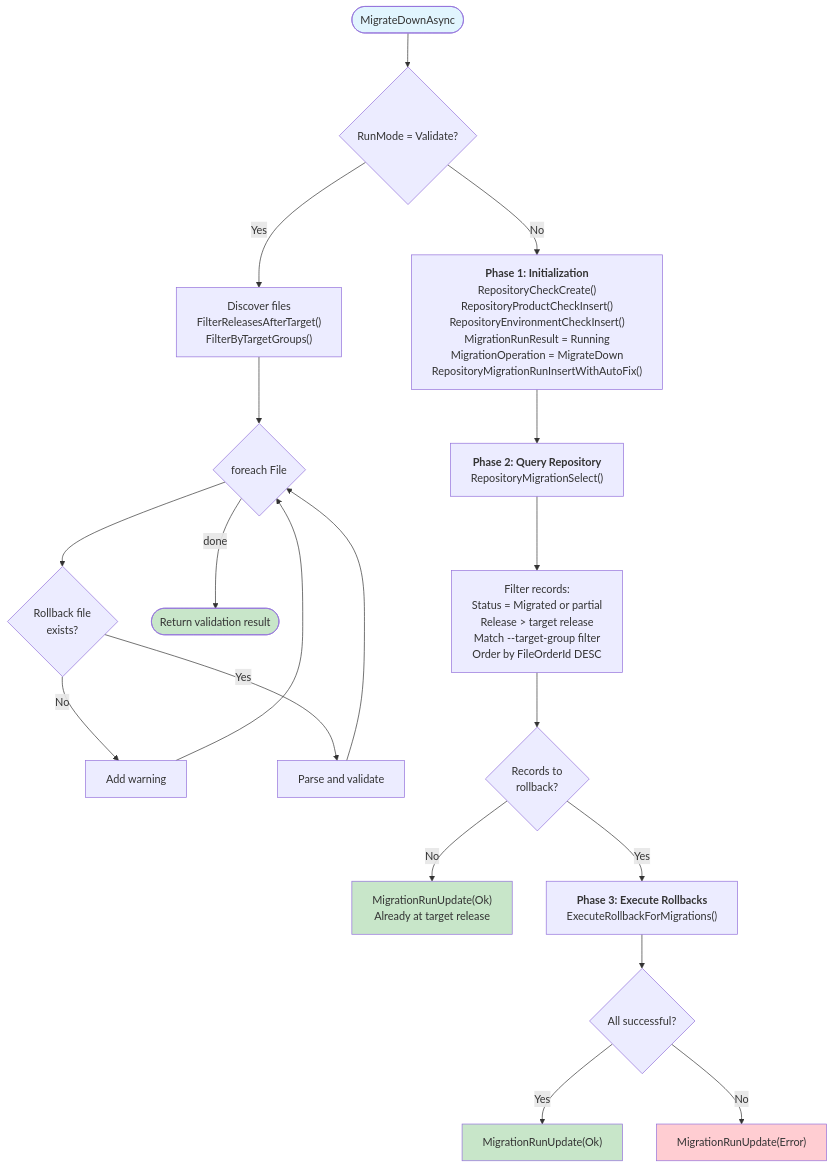
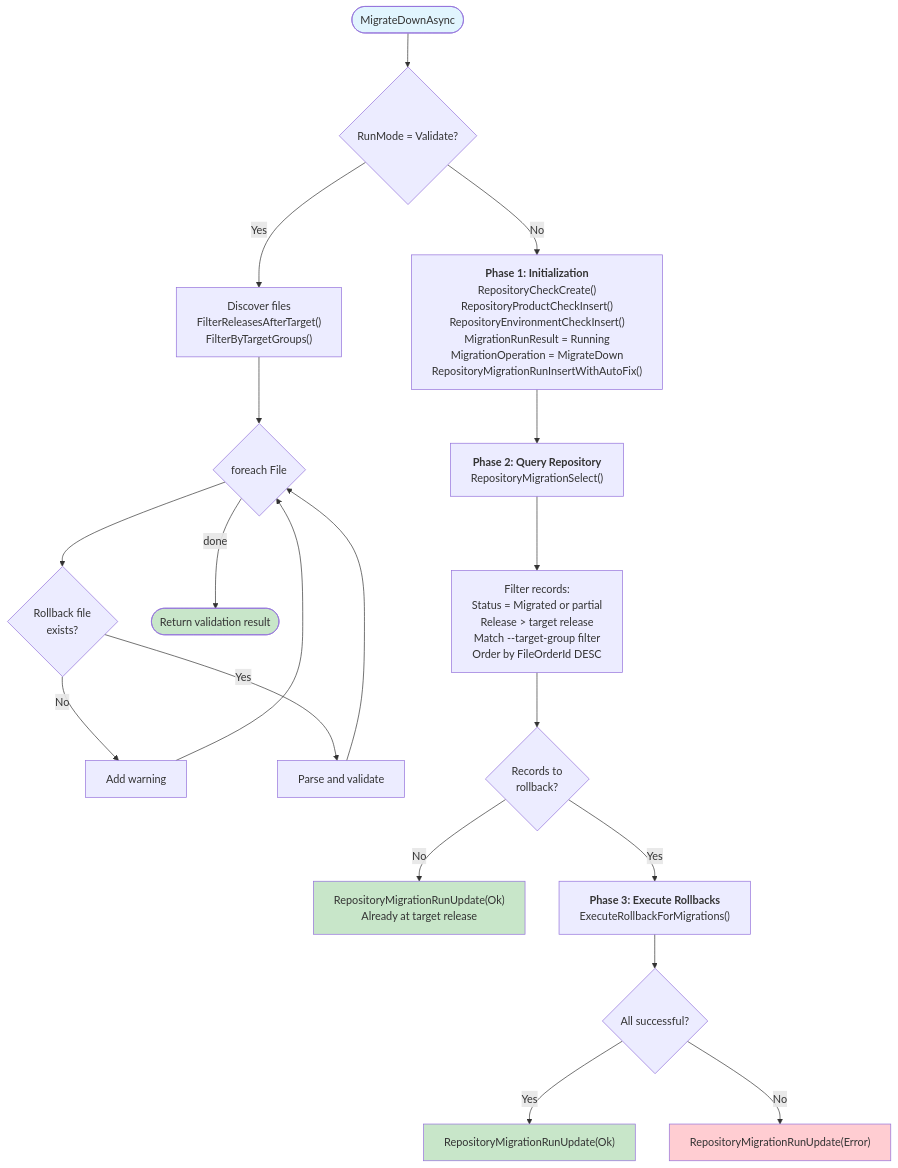
Before and after one commit to RAYCOON/RayMigrator: the fifth of 6 diagrams in Docs/04-service-layer/activity-diagrams.md, drawn with Mermaid. The commit also changed other lines of this file and 49 other files, not shown here.

````diff
--- a/Docs/04-service-layer/activity-diagrams.md
+++ b/Docs/04-service-layer/activity-diagrams.md
@@ -213,33 +213,33 @@
 ```mermaid
 flowchart TD
     Start([MigrateDownAsync]) --> ValidateMode{RunMode = Validate?}
 
     ValidateMode -->|Yes| ValBranch["Discover files<br/>FilterReleasesAfterTarget()<br/>FilterByTargetGroups()"]
     ValBranch --> ValLoop{"foreach File"}
     ValLoop --> CheckRb{Rollback file<br/>exists?}
     CheckRb -->|No| ValWarn["Add warning"]
     CheckRb -->|Yes| ValParse["Parse and validate"]
     ValWarn --> ValLoop
     ValParse --> ValLoop
     ValLoop -->|done| ValReturn(["Return validation result"])
 
     ValidateMode -->|No| P1["<b>Phase 1: Initialization</b><br/>RepositoryCheckCreate()<br/>RepositoryProductCheckInsert()<br/>RepositoryEnvironmentCheckInsert()<br/>MigrationRunResult = Running<br/>MigrationOperation = MigrateDown<br/>RepositoryMigrationRunInsertWithAutoFix()"]
 
     P1 --> P2["<b>Phase 2: Query Repository</b><br/>RepositoryMigrationSelect()"]
     P2 --> FilterRollback["Filter records:<br/>Status = Migrated or partial<br/>Release > target release<br/>Match --target-group filter<br/>Order by FileOrderId DESC"]
 
     FilterRollback --> HasRecords{Records to<br/>rollback?}
-    HasRecords -->|No| EarlyOk["MigrationRunUpdate(Ok)<br/>Already at target release"]
+    HasRecords -->|No| EarlyOk["RepositoryMigrationRunUpdate(Ok)<br/>Already at target release"]
 
     HasRecords -->|Yes| P3["<b>Phase 3: Execute Rollbacks</b><br/>ExecuteRollbackForMigrations()"]
 
     P3 --> FinalCheck{All successful?}
-    FinalCheck -->|Yes| FinalOk["MigrationRunUpdate(Ok)"]
-    FinalCheck -->|No| FinalErr["MigrationRunUpdate(Error)"]
+    FinalCheck -->|Yes| FinalOk["RepositoryMigrationRunUpdate(Ok)"]
+    FinalCheck -->|No| FinalErr["RepositoryMigrationRunUpdate(Error)"]
 
     style Start fill:#e1f5fe
     style ValReturn fill:#c8e6c9
     style EarlyOk fill:#c8e6c9
     style FinalOk fill:#c8e6c9
     style FinalErr fill:#ffcdd2
 ```
````
